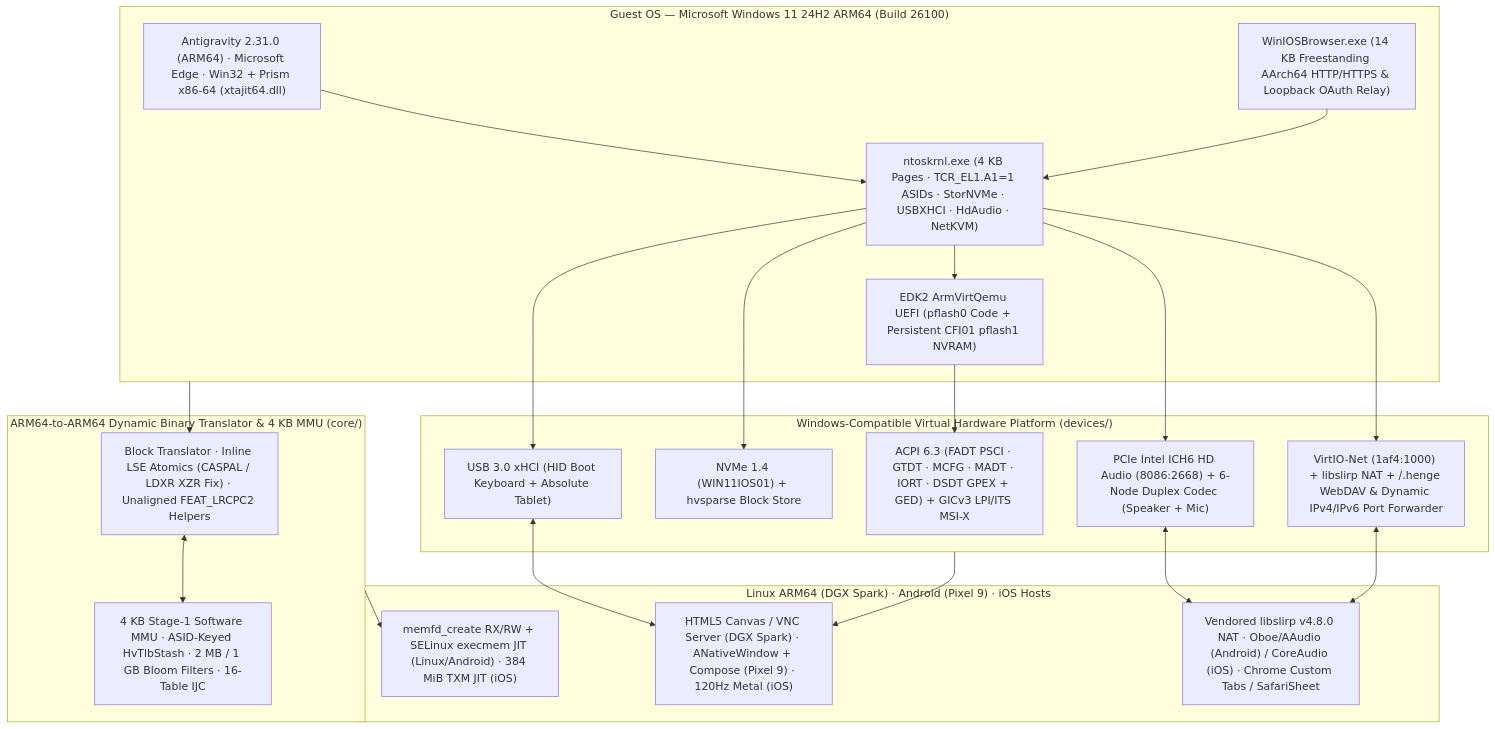
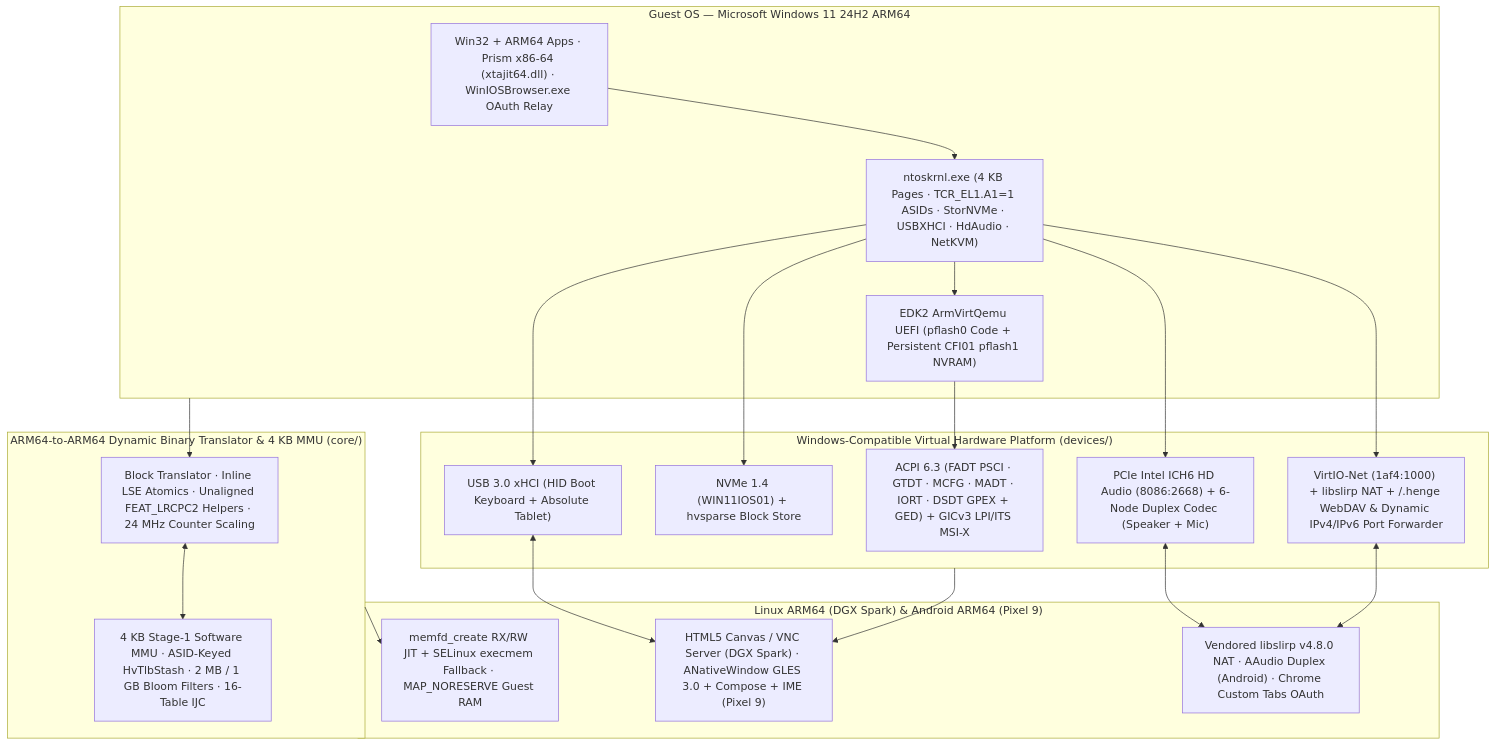
Before and after one commit to weidu-tpvision/WindowsPixel: the diagram in README.md, drawn with Mermaid. The commit also changed other lines of this file and 2 other files, not shown here.

Commit message:
docs: streamline README for WindowsPixel and add DGX Spark runtime screenshots

````diff
--- a/README.md
+++ b/README.md
@@ -99,41 +51,39 @@
 ```mermaid
 flowchart TB
-    subgraph Guest["Guest OS — Microsoft Windows 11 24H2 ARM64 (Build 26100)"]
-        Apps["Antigravity 2.31.0 (ARM64) · Microsoft Edge · Win32 + Prism x86-64 (xtajit64.dll)"]
-        Bridge["WinIOSBrowser.exe (14 KB Freestanding AArch64 HTTP/HTTPS & Loopback OAuth Relay)"]
+    subgraph Guest["Guest OS — Microsoft Windows 11 24H2 ARM64"]
+        Apps["Win32 + ARM64 Apps · Prism x86-64 (xtajit64.dll) · WinIOSBrowser.exe OAuth Relay"]
         NT["ntoskrnl.exe (4 KB Pages · TCR_EL1.A1=1 ASIDs · StorNVMe · USBXHCI · HdAudio · NetKVM)"]
         UEFI["EDK2 ArmVirtQemu UEFI (pflash0 Code + Persistent CFI01 pflash1 NVRAM)"]
         Apps --> NT
-        Bridge --> NT
         NT --> UEFI
     end
 
     subgraph VirtHW["Windows-Compatible Virtual Hardware Platform (devices/)"]
         ACPI["ACPI 6.3 (FADT PSCI · GTDT · MCFG · MADT · IORT · DSDT GPEX + GED) + GICv3 LPI/ITS MSI-X"]
         NVMe["NVMe 1.4 (WIN11IOS01) + hvsparse Block Store"]
         XHCI["USB 3.0 xHCI (HID Boot Keyboard + Absolute Tablet)"]
         HDA["PCIe Intel ICH6 HD Audio (8086:2668) + 6-Node Duplex Codec (Speaker + Mic)"]
         VNET["VirtIO-Net (1af4:1000) + libslirp NAT + /.henge WebDAV & Dynamic IPv4/IPv6 Port Forwarder"]
     end
 
     subgraph Engine["ARM64-to-ARM64 Dynamic Binary Translator & 4 KB MMU (core/)"]
-        JIT["Block Translator · Inline LSE Atomics (CASPAL / LDXR XZR Fix) · Unaligned FEAT_LRCPC2 Helpers"]
+        JIT["Block Translator · Inline LSE Atomics · Unaligned FEAT_LRCPC2 Helpers · 24 MHz Counter Scaling"]
         MMU["4 KB Stage-1 Software MMU · ASID-Keyed HvTlbStash · 2 MB / 1 GB Bloom Filters · 16-Table IJC"]
     end
 
-    subgraph Host["Linux ARM64 (DGX Spark) · Android (Pixel 9) · iOS Hosts"]
-        JITMEM["memfd_create RX/RW + SELinux execmem JIT (Linux/Android) · 384 MiB TXM JIT (iOS)"]
-        UI["HTML5 Canvas / VNC Server (DGX Spark) · ANativeWindow + Compose (Pixel 9) · 120Hz Metal (iOS)"]
-        HOSTIO["Vendored libslirp v4.8.0 NAT · Oboe/AAudio (Android) / CoreAudio (iOS) · Chrome Custom Tabs / SafariSheet"]
+    subgraph Host["Linux ARM64 (DGX Spark) & Android ARM64 (Pixel 9)"]
+        JITMEM["memfd_create RX/RW JIT + SELinux execmem Fallback · MAP_NORESERVE Guest RAM"]
+        UI["HTML5 Canvas / VNC Server (DGX Spark) · ANativeWindow GLES 3.0 + Compose + IME (Pixel 9)"]
+        HOSTIO["Vendored libslirp v4.8.0 NAT · AAudio Duplex (Android) · Chrome Custom Tabs OAuth"]
     end
 
     UEFI --> ACPI
     NT --> NVMe & XHCI & HDA & VNET
     Guest --> JIT
     JIT <--> MMU
     Engine --> JITMEM
     XHCI <--> UI
     HDA <--> HOSTIO
     VNET <--> HOSTIO
     VirtHW --> UI
 ```
````
